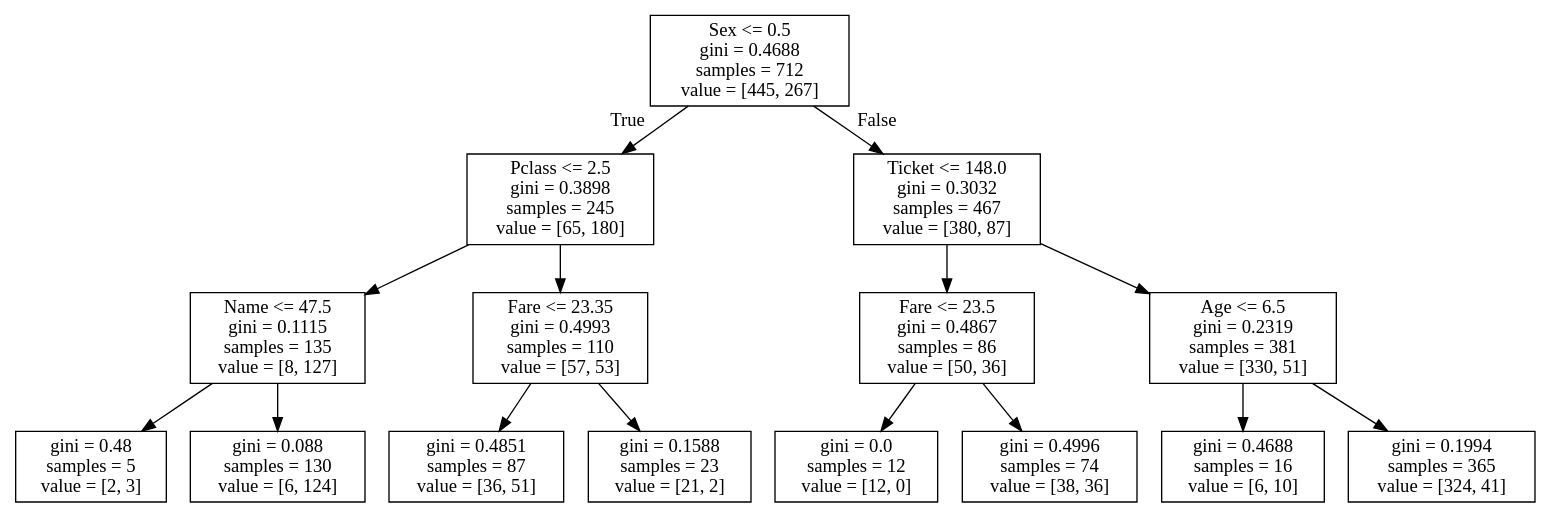
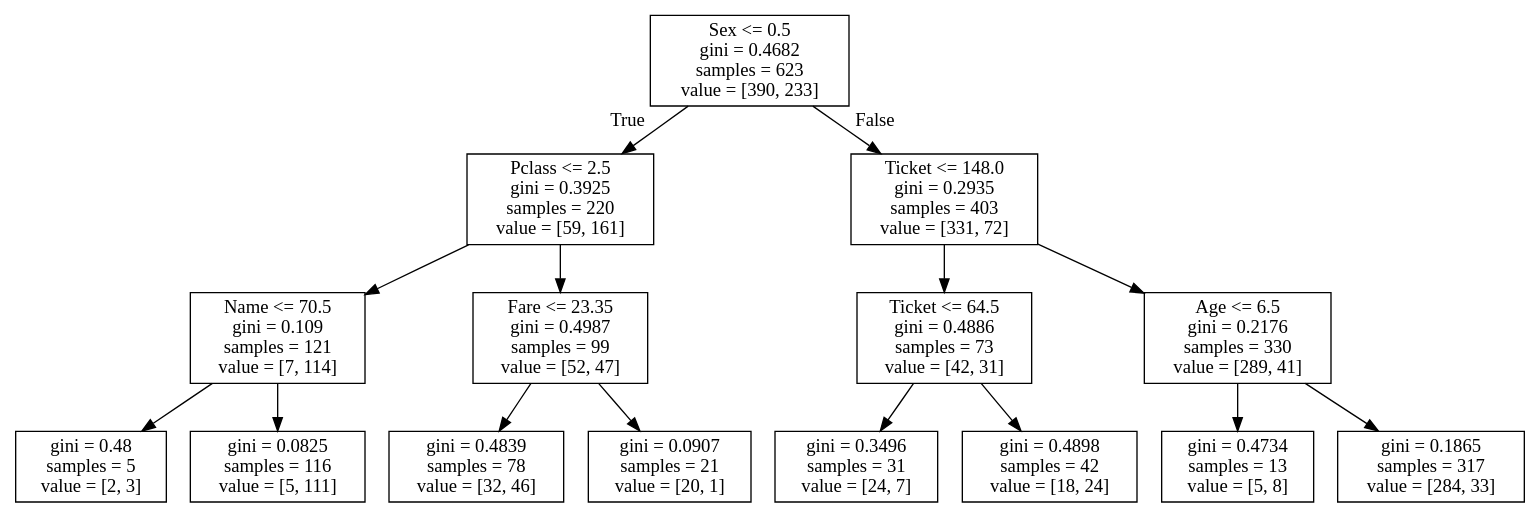
Before and after one commit to bhavesh0009/Titanic: the diagram in treewithname.dot, drawn with Graphviz. The commit also changed 20 other files, not shown here.

```diff
--- a/treewithname.dot
+++ b/treewithname.dot
@@ -1,32 +1,32 @@
 digraph Tree {
 node [shape=box] ;
-0 [label="Sex <= 0.5\ngini = 0.4688\nsamples = 712\nvalue = [445, 267]"] ;
-1 [label="Pclass <= 2.5\ngini = 0.3898\nsamples = 245\nvalue = [65, 180]"] ;
+0 [label="Sex <= 0.5\ngini = 0.4682\nsamples = 623\nvalue = [390, 233]"] ;
+1 [label="Pclass <= 2.5\ngini = 0.3925\nsamples = 220\nvalue = [59, 161]"] ;
 0 -> 1 [labeldistance=2.5, labelangle=45, headlabel="True"] ;
-2 [label="Name <= 47.5\ngini = 0.1115\nsamples = 135\nvalue = [8, 127]"] ;
+2 [label="Name <= 70.5\ngini = 0.109\nsamples = 121\nvalue = [7, 114]"] ;
 1 -> 2 ;
 3 [label="gini = 0.48\nsamples = 5\nvalue = [2, 3]"] ;
 2 -> 3 ;
-4 [label="gini = 0.088\nsamples = 130\nvalue = [6, 124]"] ;
+4 [label="gini = 0.0825\nsamples = 116\nvalue = [5, 111]"] ;
 2 -> 4 ;
-5 [label="Fare <= 23.35\ngini = 0.4993\nsamples = 110\nvalue = [57, 53]"] ;
+5 [label="Fare <= 23.35\ngini = 0.4987\nsamples = 99\nvalue = [52, 47]"] ;
 1 -> 5 ;
-6 [label="gini = 0.4851\nsamples = 87\nvalue = [36, 51]"] ;
+6 [label="gini = 0.4839\nsamples = 78\nvalue = [32, 46]"] ;
 5 -> 6 ;
-7 [label="gini = 0.1588\nsamples = 23\nvalue = [21, 2]"] ;
+7 [label="gini = 0.0907\nsamples = 21\nvalue = [20, 1]"] ;
 5 -> 7 ;
-8 [label="Ticket <= 148.0\ngini = 0.3032\nsamples = 467\nvalue = [380, 87]"] ;
+8 [label="Ticket <= 148.0\ngini = 0.2935\nsamples = 403\nvalue = [331, 72]"] ;
 0 -> 8 [labeldistance=2.5, labelangle=-45, headlabel="False"] ;
-9 [label="Fare <= 23.5\ngini = 0.4867\nsamples = 86\nvalue = [50, 36]"] ;
+9 [label="Ticket <= 64.5\ngini = 0.4886\nsamples = 73\nvalue = [42, 31]"] ;
 8 -> 9 ;
-10 [label="gini = 0.0\nsamples = 12\nvalue = [12, 0]"] ;
+10 [label="gini = 0.3496\nsamples = 31\nvalue = [24, 7]"] ;
 9 -> 10 ;
-11 [label="gini = 0.4996\nsamples = 74\nvalue = [38, 36]"] ;
+11 [label="gini = 0.4898\nsamples = 42\nvalue = [18, 24]"] ;
 9 -> 11 ;
-12 [label="Age <= 6.5\ngini = 0.2319\nsamples = 381\nvalue = [330, 51]"] ;
+12 [label="Age <= 6.5\ngini = 0.2176\nsamples = 330\nvalue = [289, 41]"] ;
 8 -> 12 ;
-13 [label="gini = 0.4688\nsamples = 16\nvalue = [6, 10]"] ;
+13 [label="gini = 0.4734\nsamples = 13\nvalue = [5, 8]"] ;
 12 -> 13 ;
-14 [label="gini = 0.1994\nsamples = 365\nvalue = [324, 41]"] ;
+14 [label="gini = 0.1865\nsamples = 317\nvalue = [284, 33]"] ;
 12 -> 14 ;
 }
```
